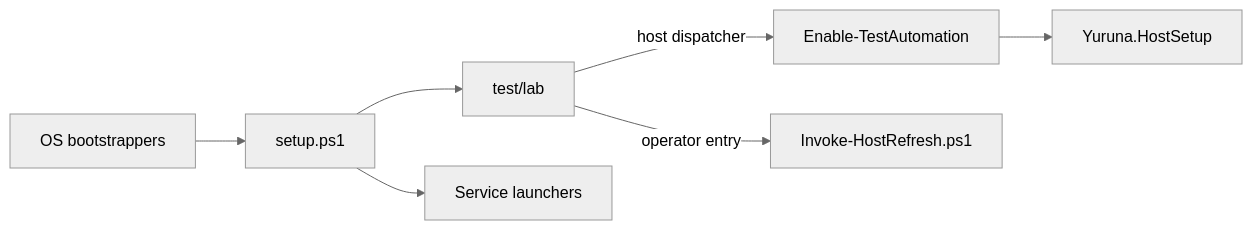
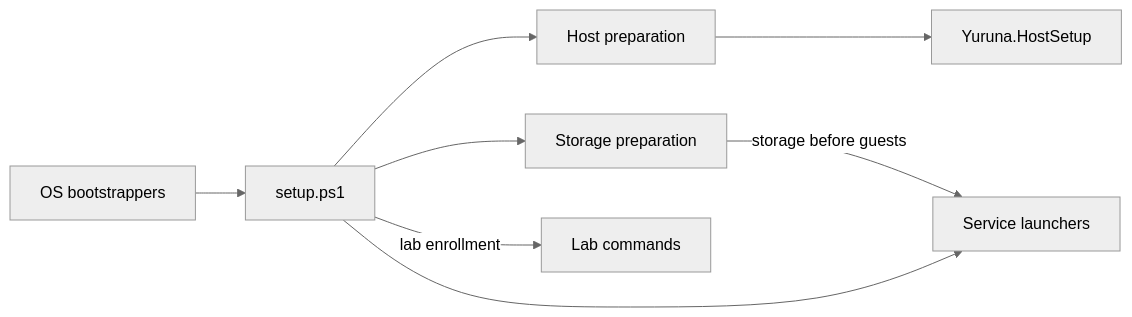
One commit to alissonsol/yuruna changed the first of 7 diagrams in docs/design/02-component-breakdown.md. Above: the diagram before and after it, drawn with Mermaid (neutral theme). The commit also changed other lines of this file and 1343 other files, not shown here.

````diff
--- a/docs/design/02-component-breakdown.md
+++ b/docs/design/02-component-breakdown.md
@@ -10,16 +11,17 @@
 ```mermaid
 flowchart LR
     install["OS bootstrappers"]
     setup-ps1["setup.ps1"]
-    yuruna-hostsetup-psm1["Yuruna.HostSetup"]
-    enable-testautomation-ps1["Enable-TestAutomation"]
-    test-lab["test/lab"]
+    enable-test-automation-ps1["Host preparation"]
+    yuruna-host-setup-psm1["Yuruna.HostSetup"]
+    new-local-lab-storage-ps1["Storage preparation"]
     test-service["Service launchers"]
-    invoke-hostrefresh-ps1["Invoke-HostRefresh.ps1"]
+    test-lab["Lab commands"]
     install --> setup-ps1
-    setup-ps1 --> test-lab
-    test-lab -->|host dispatcher| enable-testautomation-ps1
-    enable-testautomation-ps1 --> yuruna-hostsetup-psm1
+    setup-ps1 --> enable-test-automation-ps1
+    enable-test-automation-ps1 --> yuruna-host-setup-psm1
+    setup-ps1 --> new-local-lab-storage-ps1
+    new-local-lab-storage-ps1 -->|storage before guests| test-service
     setup-ps1 --> test-service
-    test-lab -->|operator entry| invoke-hostrefresh-ps1
+    setup-ps1 -->|lab enrollment| test-lab
 ```
````
